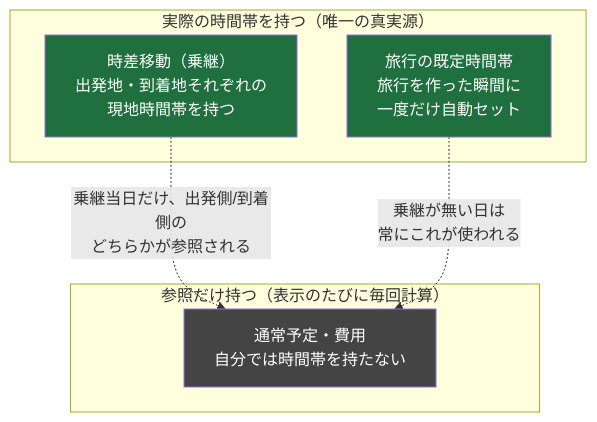
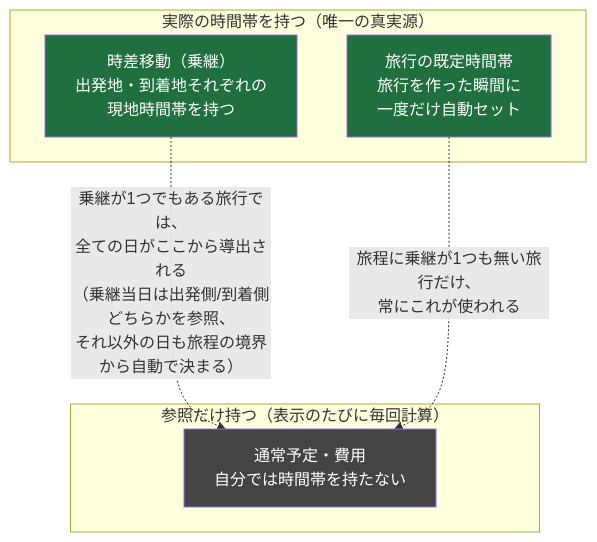
One commit to shidetake/triplot changed the first of 5 diagrams in docs/design/timezone.md. Above: the diagram before and after it, drawn with Mermaid.

Commit message:
timezone.md: 図1の矢印ラベルを「その日」ではなく「その旅行」基準に訂正
「乗継が無い日は常にこれが使われる」は「その日単体に乗継が無ければ」と
誤読できる不正確な表現だった。実際の判定は日単位ではなく旅行単位
（旅程に乗継が1つも無い旅行かどうか）。乗継が1つでもある旅行は、
乗継の無い日も旅程の境界から自動導出され、既定時間帯は一切見ない。
図2は元々この粒度で正確だったので、図1をそれに合わせた。

````diff
--- a/docs/design/timezone.md
+++ b/docs/design/timezone.md
@@ -13,18 +13,18 @@
 ```mermaid
 flowchart TB
     subgraph G1["実際の時間帯を持つ（唯一の真実源）"]
         T["時差移動（乗継）<br/>出発地・到着地それぞれの<br/>現地時間帯を持つ"]
         D["旅行の既定時間帯<br/>旅行を作った瞬間に<br/>一度だけ自動セット"]
     end
 
     subgraph G2["参照だけ持つ（表示のたびに毎回計算）"]
         N["通常予定・費用<br/>自分では時間帯を持たない"]
     end
 
-    T -.->|"乗継当日だけ、出発側/到着側の<br/>どちらかが参照される"| N
-    D -.->|"乗継が無い日は<br/>常にこれが使われる"| N
+    T -.->|"乗継が1つでもある旅行では、<br/>全ての日がここから導出される<br/>（乗継当日は出発側/到着側どちらかを参照、<br/>それ以外の日も旅程の境界から自動で決まる）"| N
+    D -.->|"旅程に乗継が1つも無い旅行だけ、<br/>常にこれが使われる"| N
 
     style T fill:#1f6f3f,color:#fff
     style D fill:#1f6f3f,color:#fff
     style N fill:#444,color:#fff
 ```
````
